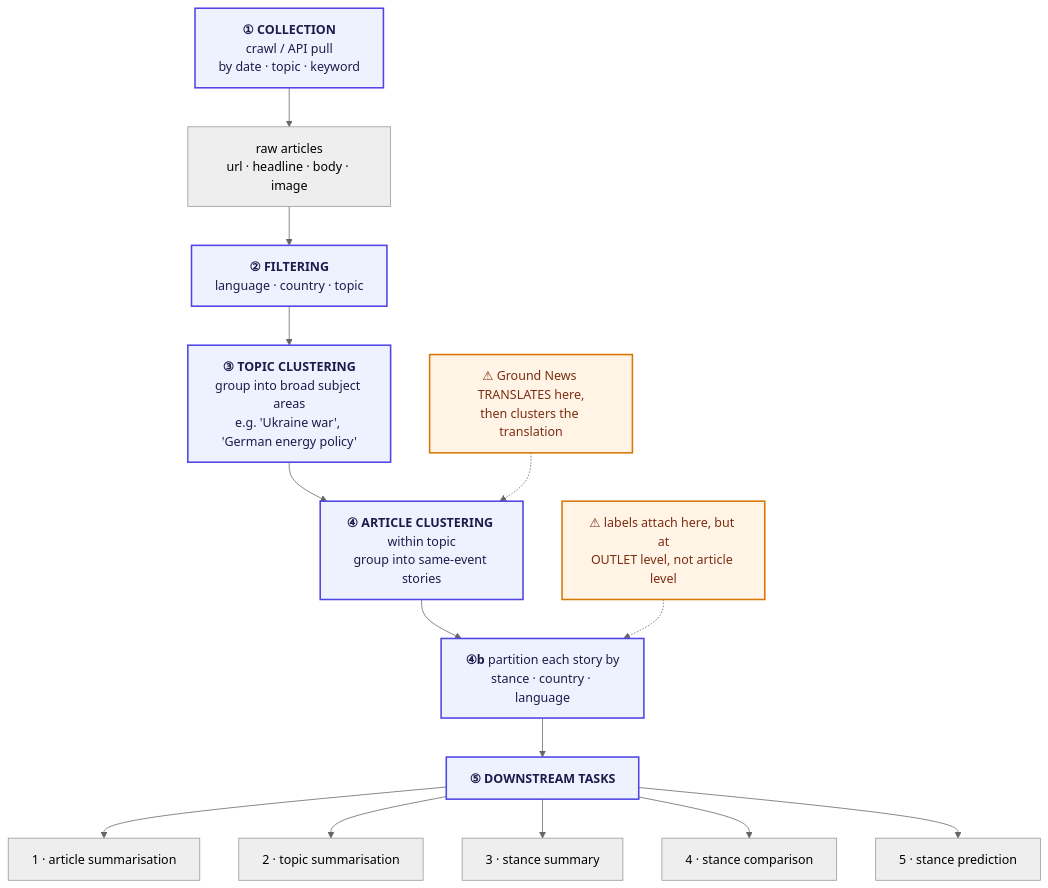
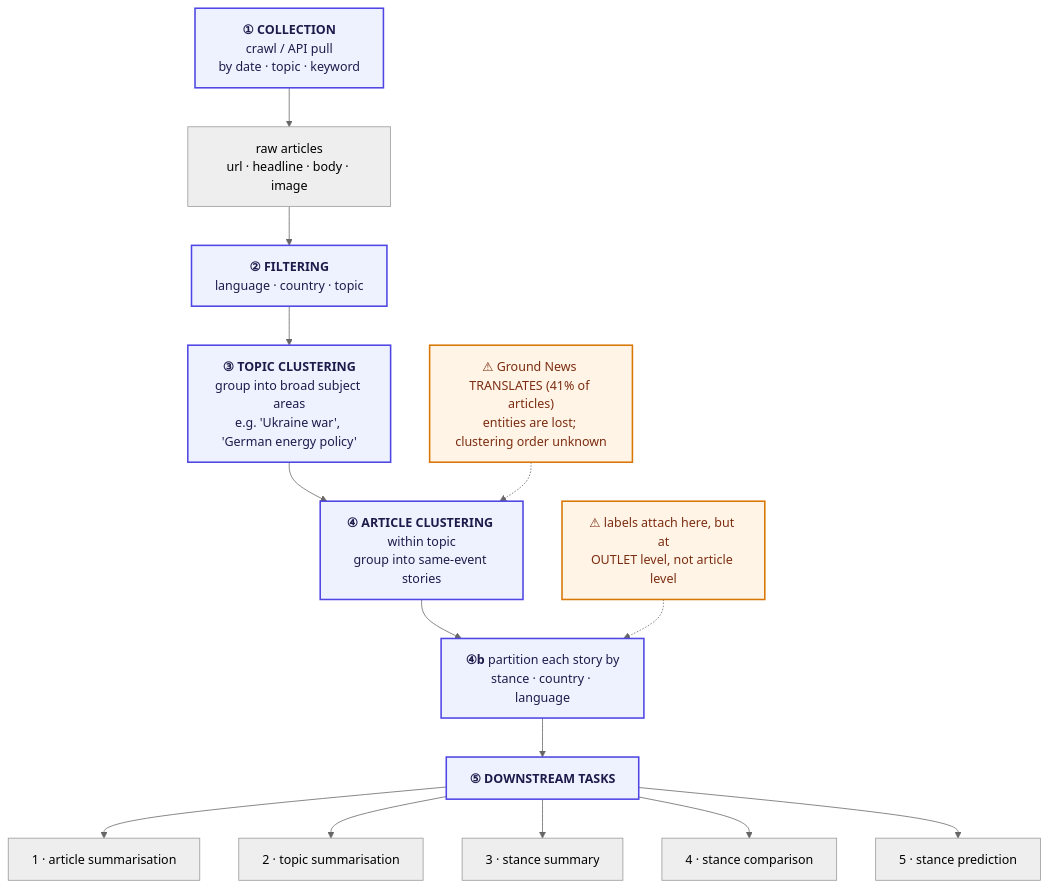
Before and after one commit to ahmad-36/german-news: the diagram in docs/pipeline.md, drawn with Mermaid (neutral theme). The commit also changed other lines of this file and 7 other files, not shown here.

````diff
--- a/docs/pipeline.md
+++ b/docs/pipeline.md
@@ -16,33 +16,33 @@
 ```mermaid
 flowchart TB
     A1["<b>① COLLECTION</b><br/>crawl / API pull<br/>by date · topic · keyword"]
     A2["raw articles<br/>url · headline · body · image"]
     B1["<b>② FILTERING</b><br/>language · country · topic"]
     C1["<b>③ TOPIC CLUSTERING</b><br/>group into broad subject areas<br/>e.g. 'Ukraine war', 'German energy policy'"]
     D1["<b>④ ARTICLE CLUSTERING</b> within topic<br/>group into same-event stories"]
     D2["<b>④b</b> partition each story by<br/>stance · country · language"]
     E0["<b>⑤ DOWNSTREAM TASKS</b>"]
     E1["1 · article summarisation"]
     E2["2 · topic summarisation"]
     E3["3 · stance summary"]
     E4["4 · stance comparison"]
     E5["5 · stance prediction"]
 
-    X1["⚠ Ground News TRANSLATES here,<br/>then clusters the translation"]
+    X1["⚠ Ground News TRANSLATES (41% of articles)<br/>entities are lost; clustering order unknown"]
     X2["⚠ labels attach here, but at<br/>OUTLET level, not article level"]
 
     A1 --> A2 --> B1 --> C1 --> D1 --> D2 --> E0
     E0 --> E1
     E0 --> E2
     E0 --> E3
     E0 --> E4
     E0 --> E5
 
     X1 -.-> D1
     X2 -.-> D2
 
     classDef warn fill:#fff4e5,stroke:#d97706,color:#7c2d12,stroke-width:2px
     classDef stage fill:#eef2ff,stroke:#4f46e5,color:#1e1b4b,stroke-width:2px
     class X1,X2 warn
     class A1,B1,C1,D1,D2,E0 stage
 ```
````
